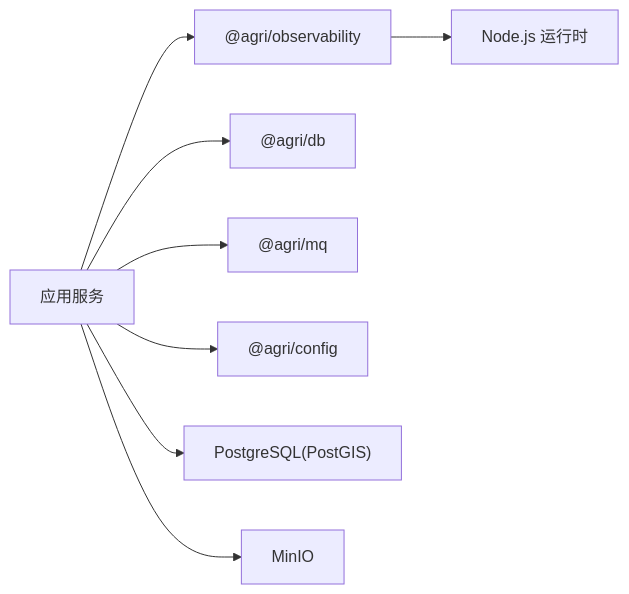
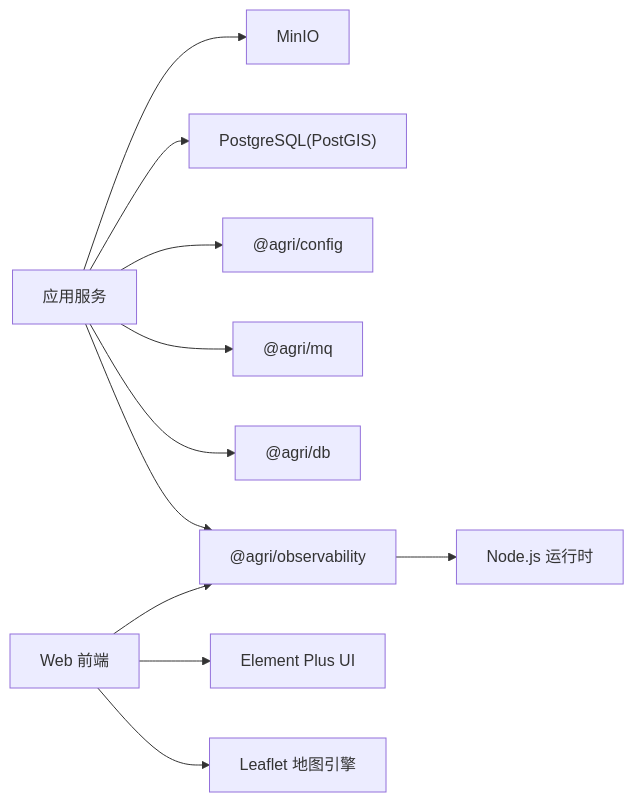
Before and after one commit to q446328246/agri-platform: the sixth of 6 diagrams in .qoder/repowiki/zh/content/部署运维/部署运维.md, drawn with Mermaid. The commit also changed other lines of this file and 3 other files, not shown here.

Commit message:
docs: 同步 repowiki 地图可视化与部署运维文档重生成结果

````diff
--- a/.qoder/repowiki/zh/content/部署运维/部署运维.md
+++ b/.qoder/repowiki/zh/content/部署运维/部署运维.md
@@ -262,10 +321,13 @@
 ```mermaid
 graph LR
 Apps["应用服务"] --> Observability["@agri/observability"]
 Apps --> DB["@agri/db"]
 Apps --> MQ["@agri/mq"]
 Apps --> Config["@agri/config"]
 Observability --> NodeRuntime["Node.js 运行时"]
 Apps --> Postgres["PostgreSQL(PostGIS)"]
 Apps --> MinIO["MinIO"]
+Web["Web 前端"] --> Leaflet["Leaflet 地图引擎"]
+Web --> ElementPlus["Element Plus UI"]
+Web --> Observability
 ```
````
